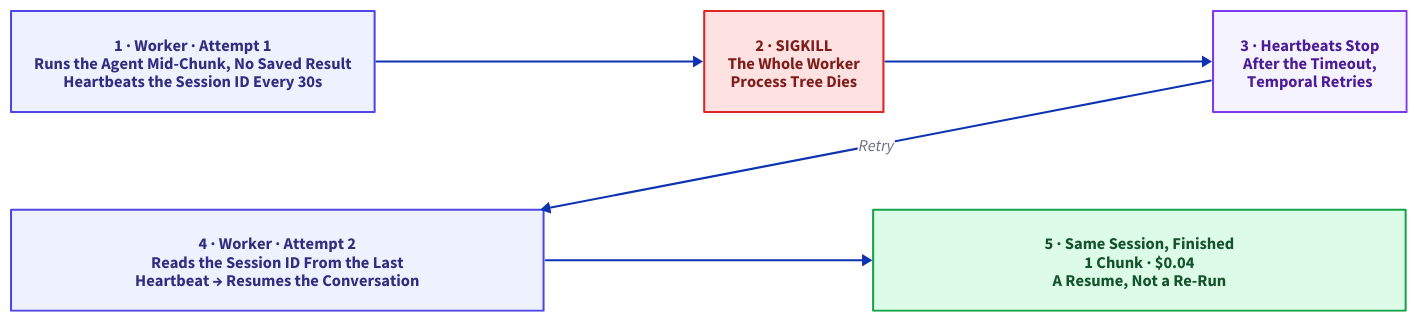
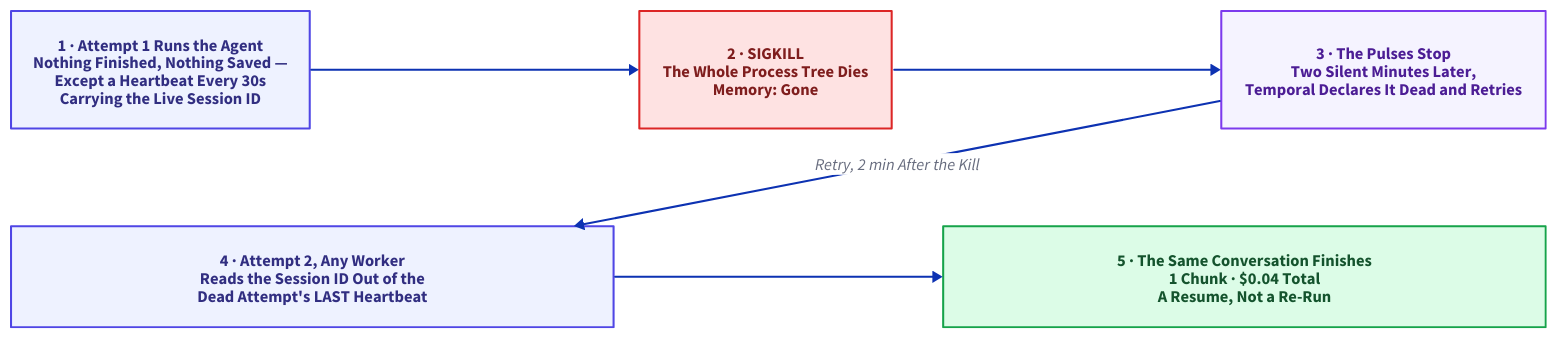
The diagram in assets/diagram-src/heartbeat.d2 (thumarrushik/crash-proof-team-of-coding-agents), drawn with D2 before and after one commit. The commit also changed 45 other files, not shown here.

```diff
--- a/assets/diagram-src/heartbeat.d2
+++ b/assets/diagram-src/heartbeat.d2
@@ -1,24 +1,24 @@
 # Crash recovery for the price of a heartbeat. Comic-strip: top row, bottom row.
 grid-rows: 2
 horizontal-gap: 320
 vertical-gap: 95
 
-a1: "1 · Worker · Attempt 1\nRuns the Agent Mid-Chunk, No Saved Result\nHeartbeats the Session ID Every 30s" {
+a1: "1 · Attempt 1 Runs the Agent\nNothing Finished, Nothing Saved —\nExcept a Heartbeat Every 30s\nCarrying the Live Session ID" {
   style: {fill: "#eef2ff"; stroke: "#4f46e5"; font-color: "#312e81"; bold: true}
 }
-kill: "2 · SIGKILL\nThe Whole Worker\nProcess Tree Dies" {
+kill: "2 · SIGKILL\nThe Whole Process Tree Dies\nMemory: Gone" {
   style: {fill: "#fee2e2"; stroke: "#dc2626"; font-color: "#7f1d1d"; bold: true}
 }
-timeout: "3 · Heartbeats Stop\nAfter the Timeout,\nTemporal Retries" {
+timeout: "3 · The Pulses Stop\nTwo Silent Minutes Later,\nTemporal Declares It Dead and Retries" {
   style: {fill: "#f5f3ff"; stroke: "#7c3aed"; font-color: "#4c1d95"; bold: true}
 }
-a2: "4 · Worker · Attempt 2\nReads the Session ID From the Last\nHeartbeat → Resumes the Conversation" {
+a2: "4 · Attempt 2, Any Worker\nReads the Session ID Out of the\nDead Attempt's LAST Heartbeat" {
   style: {fill: "#eef2ff"; stroke: "#4f46e5"; font-color: "#312e81"; bold: true}
 }
-done: "5 · Same Session, Finished\n1 Chunk · \$0.04\nA Resume, Not a Re-Run" {
+done: "5 · The Same Conversation Finishes\n1 Chunk · \$0.04 Total\nA Resume, Not a Re-Run" {
   style: {fill: "#dcfce7"; stroke: "#16a34a"; font-color: "#14532d"; bold: true}
 }
 
 a1 -> kill -> timeout
-timeout -> a2: "Retry"
+timeout -> a2: "Retry, 2 min After the Kill"
 a2 -> done
```
